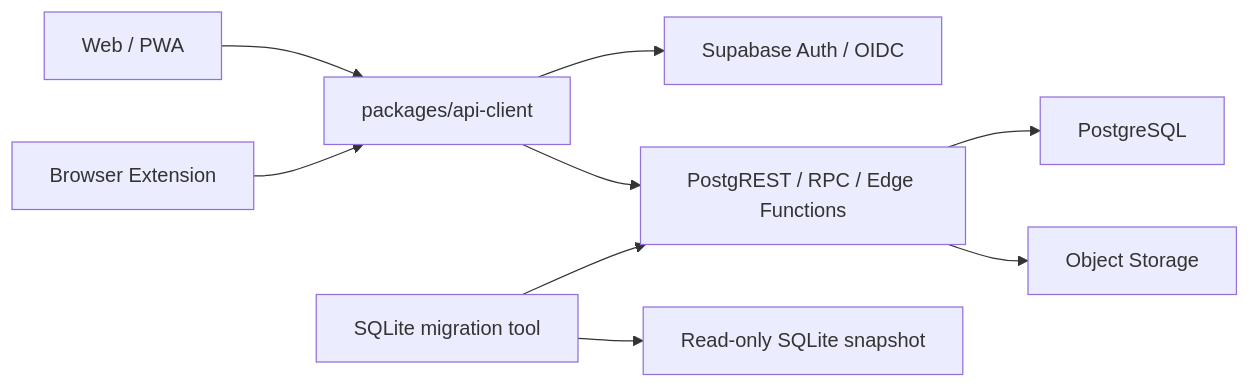
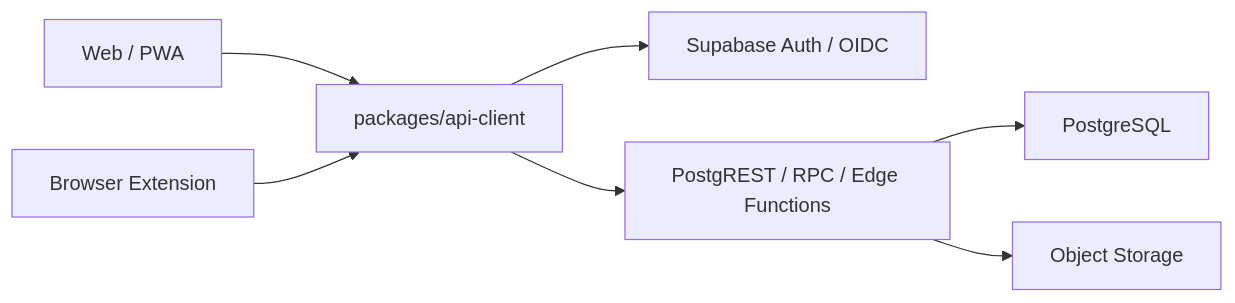
One commit to round123/dealpilot changed the diagram in docs/DealPilot_系统架构设计_V2.1_WebCloud.md. Above: the diagram before and after it, drawn with Mermaid. The commit also changed other lines of this file and 43 other files, not shown here.

Commit message:
refactor: remove demo V1 migration flow

````diff
--- a/docs/DealPilot_系统架构设计_V2.1_WebCloud.md
+++ b/docs/DealPilot_系统架构设计_V2.1_WebCloud.md
@@ -19,11 +19,9 @@
 ```mermaid
 flowchart LR
   WEB["Web / PWA"] --> CLIENT["packages/api-client"]
   EXT["Browser Extension"] --> CLIENT
   CLIENT --> AUTH["Supabase Auth / OIDC"]
   CLIENT --> API["PostgREST / RPC / Edge Functions"]
   API --> PG["PostgreSQL"]
   API --> STORAGE["Object Storage"]
-  MIG["SQLite migration tool"] --> API
-  MIG --> SNAP["Read-only SQLite snapshot"]
 ```
````
